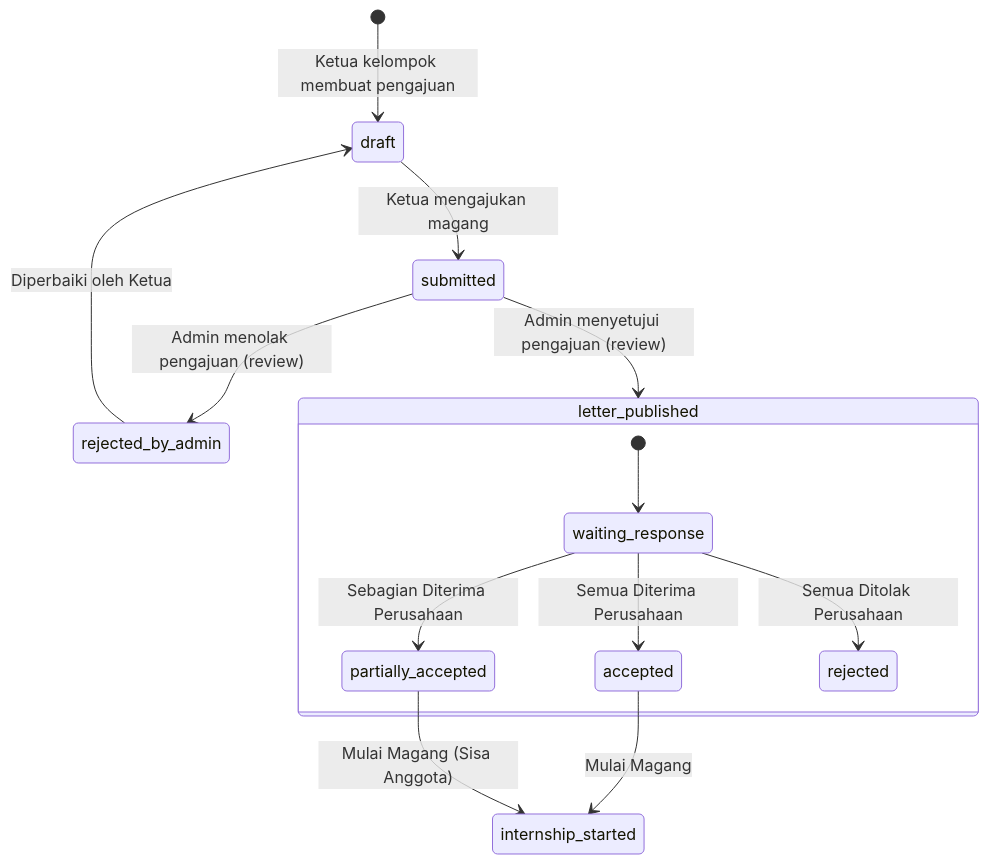
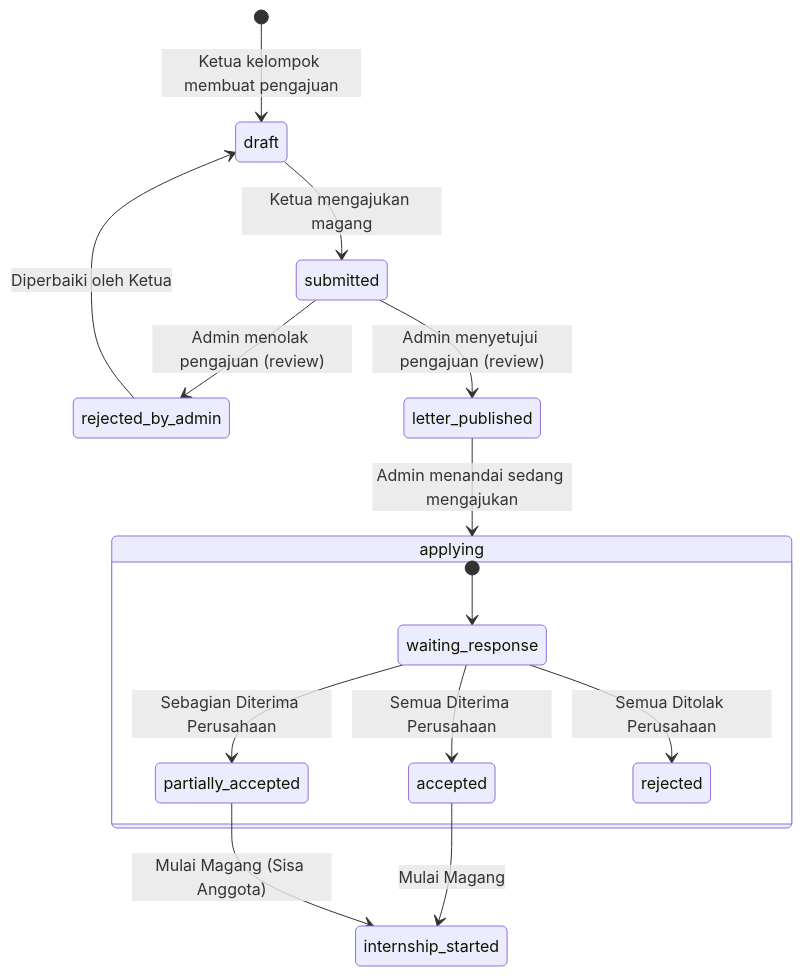
One commit to Realitaa/maganghub changed the diagram in docs/domain/submission-state-machine.md. Above: the diagram before and after it, drawn with Mermaid. The commit also changed other lines of this file and 17 other files, not shown here.

````diff
--- a/docs/domain/submission-state-machine.md
+++ b/docs/domain/submission-state-machine.md
@@ -11,18 +11,19 @@
 ```mermaid
 stateDiagram-v2
     [*] --> draft : Ketua kelompok membuat pengajuan
     draft --> submitted : Ketua mengajukan magang
     submitted --> rejected_by_admin : Admin menolak pengajuan (review)
     rejected_by_admin --> draft : Diperbaiki oleh Ketua
     submitted --> letter_published : Admin menyetujui pengajuan (review)
+    letter_published --> applying : Admin menandai sedang mengajukan
     
-    state letter_published {
+    state applying {
         [*] --> waiting_response
         waiting_response --> accepted : Semua Diterima Perusahaan
         waiting_response --> partially_accepted : Sebagian Diterima Perusahaan
         waiting_response --> rejected : Semua Ditolak Perusahaan
     }
 
     accepted --> internship_started : Mulai Magang
     partially_accepted --> internship_started : Mulai Magang (Sisa Anggota)
 ```
````
